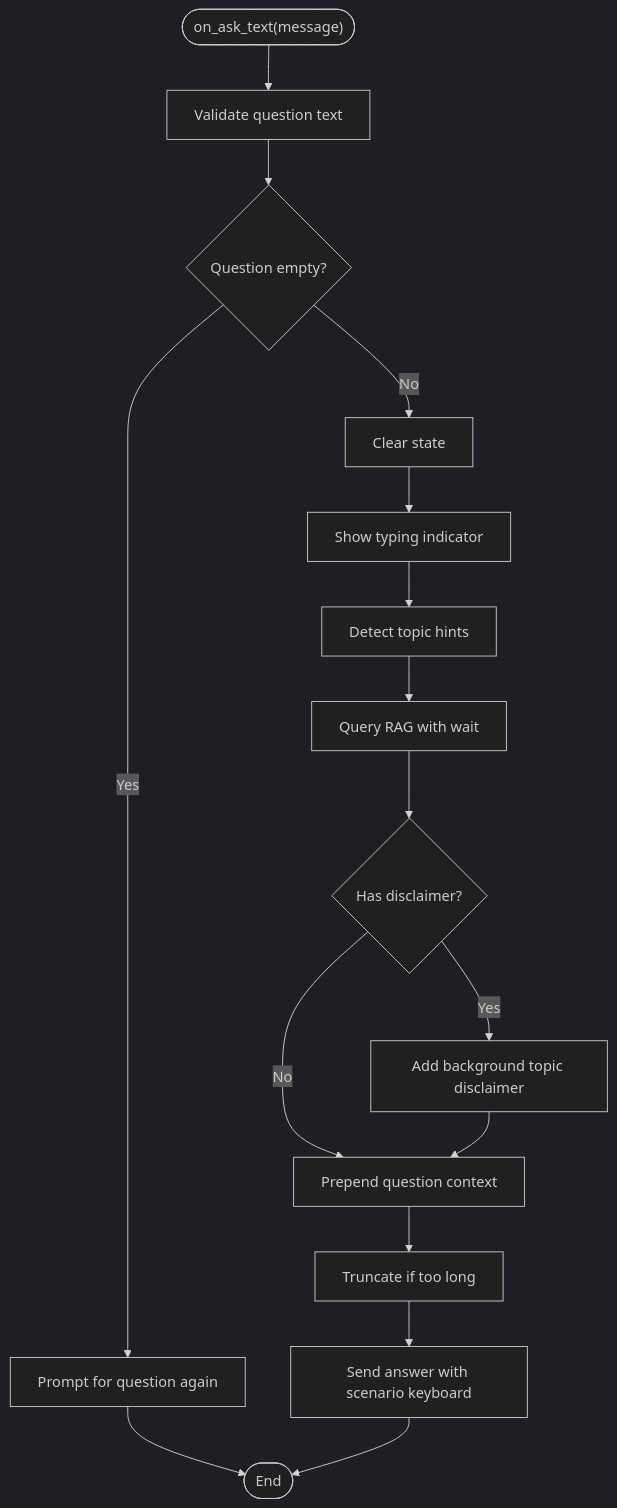
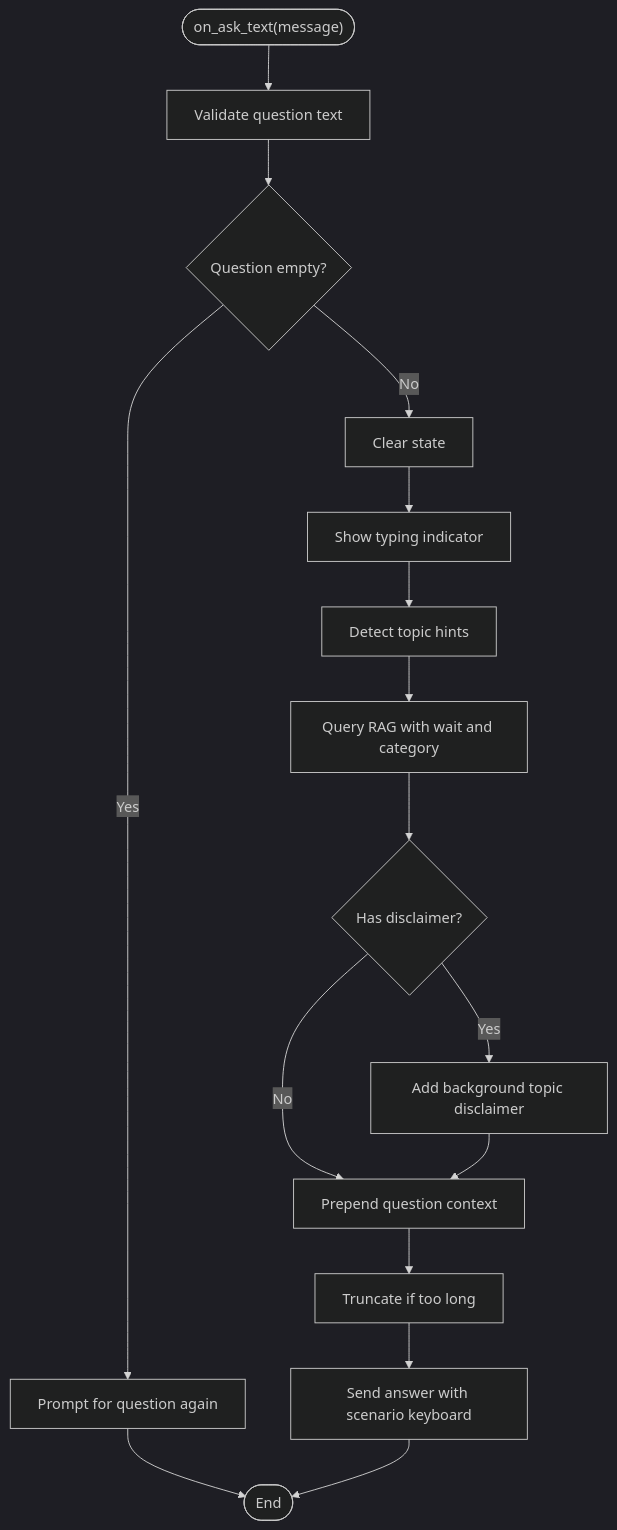
Diagram 27 of 29 in .qoder/repowiki/en/content/VK Integration/VK Integration.md (ognelis/cafetera_hr_bot), drawn with Mermaid (dark theme) before and after one commit. The commit also changed other lines of this file and 27 other files, not shown here.

````diff
--- a/.qoder/repowiki/en/content/VK Integration/VK Integration.md
+++ b/.qoder/repowiki/en/content/VK Integration/VK Integration.md
@@ -1215,18 +1416,18 @@
 ```mermaid
 flowchart TD
 Start(["on_ask_text(message)"]) --> Validate["Validate question text"]
 Validate --> Valid{"Question empty?"}
 Valid --> |Yes| Retry["Prompt for question again"]
 Valid --> |No| ClearState["Clear state"]
 ClearState --> Typing["Show typing indicator"]
 Typing --> Detect["Detect topic hints"]
-Detect --> Query["Query RAG with wait"]
+Detect --> Query["Query RAG with wait and category"]
 Query --> Hint{"Has disclaimer?"}
 Hint --> |Yes| AddDisclaimer["Add background topic disclaimer"]
 Hint --> |No| Prepend["Prepend question context"]
 AddDisclaimer --> Prepend
 Prepend --> Truncate["Truncate if too long"]
 Truncate --> Answer["Send answer with scenario keyboard"]
 Retry --> End(["End"])
 Answer --> End
 ```
````
